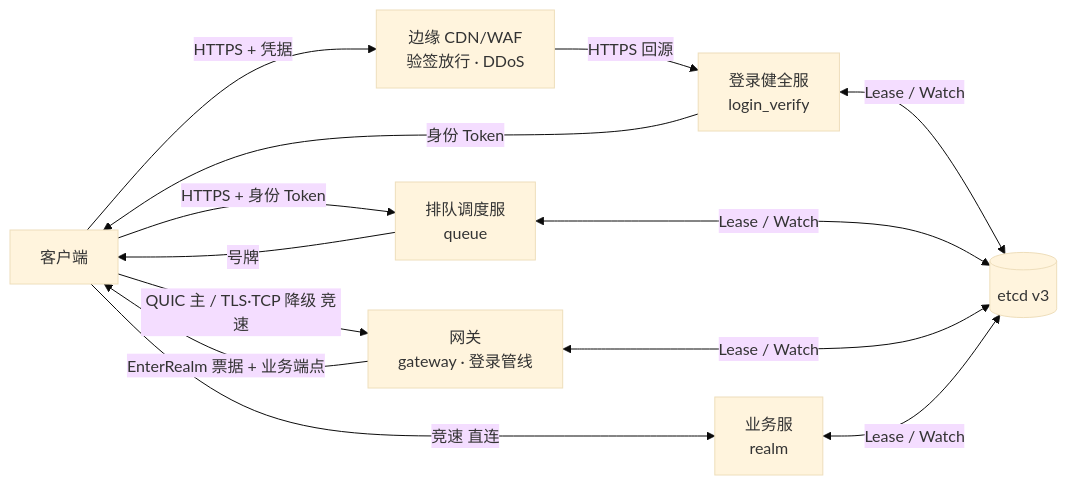
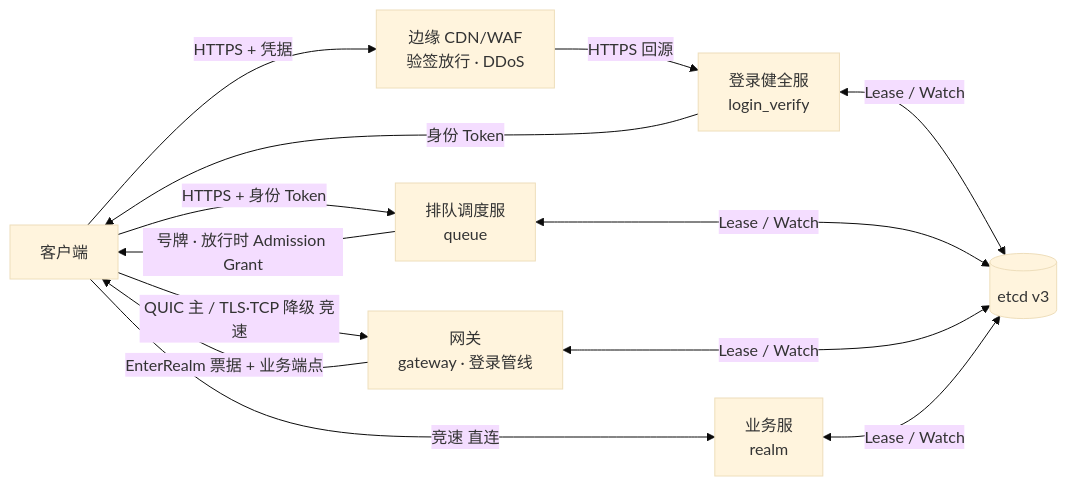
The first of 2 diagrams in README.md (lvivvde/RealmMesh), drawn with Mermaid (base theme) before and after one commit. The commit also changed other lines of this file and 6 other files, not shown here.

````diff
--- a/README.md
+++ b/README.md
@@ -8,12 +10,12 @@
 ```mermaid
 flowchart LR
     C[客户端] -->|HTTPS + 凭据| Edge["边缘 CDN/WAF<br/>验签放行 · DDoS"]
     Edge -->|HTTPS 回源| LV[登录健全服<br/>login_verify]
     LV -->|身份 Token| C
     C -->|HTTPS + 身份 Token| QS[排队调度服<br/>queue]
-    QS -->|号牌| C
+    QS -->|号牌 · 放行时 Admission Grant| C
     C -->|QUIC 主 / TLS·TCP 降级 竞速| GW[网关<br/>gateway · 登录管线]
     GW -->|EnterRealm 票据 + 业务端点| C
     C -->|竞速 直连| RL[业务服<br/>realm]
     LV & QS & GW & RL <-->|Lease / Watch| Etcd[(etcd v3)]
 ```
````
